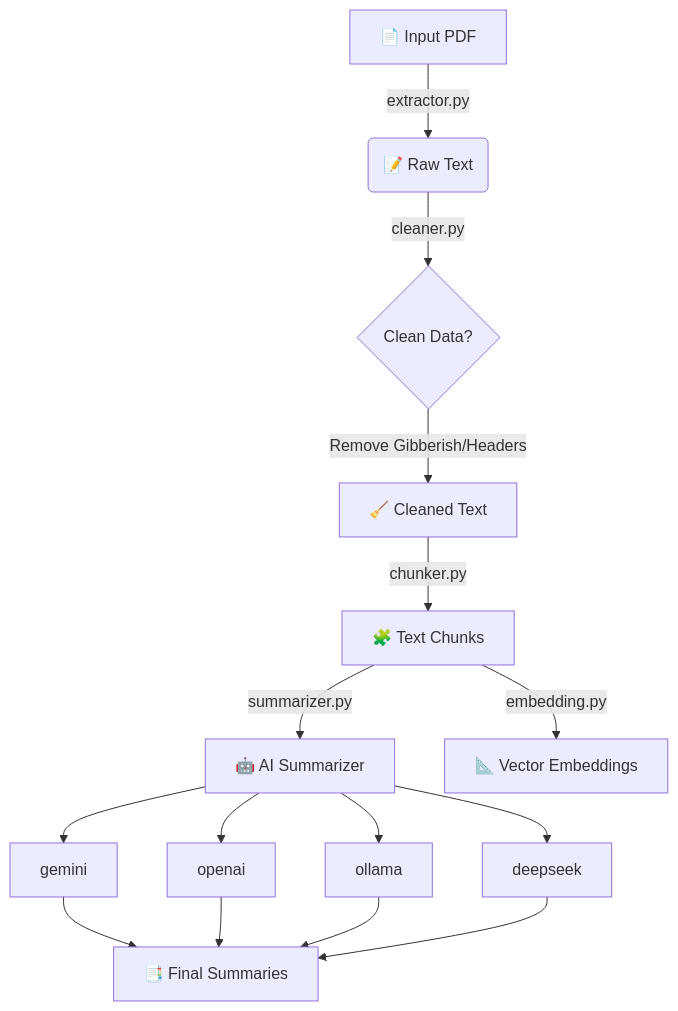
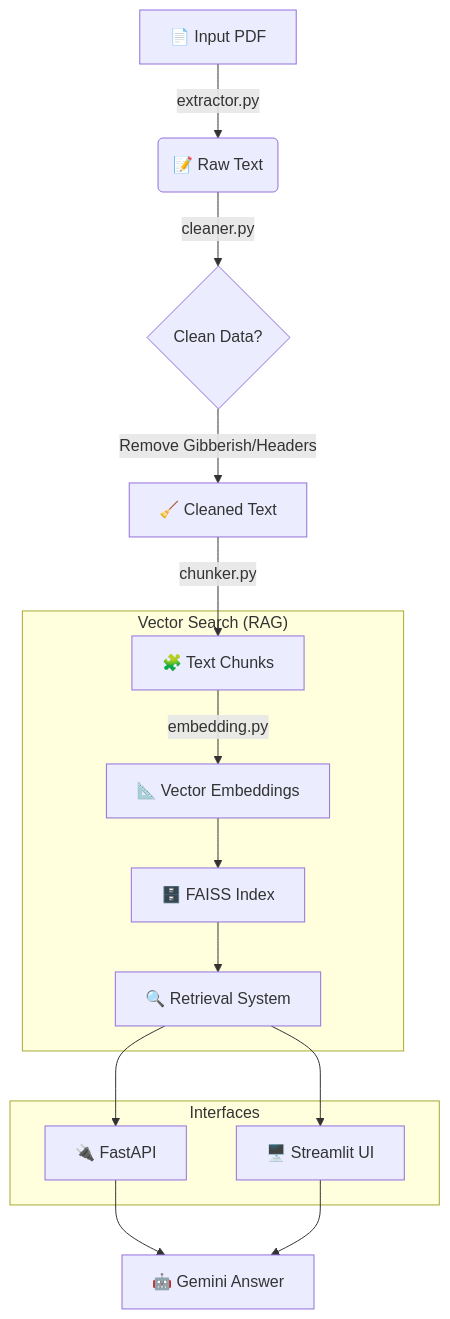
One commit to hk2166/RAG_PDF_Summarizer changed the diagram in README.md. Above: the diagram before and after it, drawn with Mermaid. The commit also changed other lines of this file and 10457 other files, not shown here.

````diff
--- a/README.md
+++ b/README.md
@@ -69,17 +78,20 @@
 ```mermaid
 graph TD
     A[📄 Input PDF] -->|extractor.py| B(📝 Raw Text)
     B -->|cleaner.py| C{Clean Data?}
     C -->|Remove Gibberish/Headers| D[🧹 Cleaned Text]
     D -->|chunker.py| E[🧩 Text Chunks]
 
-    E -->|summarizer.py| F[🤖 AI Summarizer]
-    F --> G[gemini]
-    F --> H[openai]
-    F --> I[ollama]
-    F --> J[deepseek]
+    subgraph "Vector Search (RAG)"
+    E -->|embedding.py| K[📐 Vector Embeddings]
+    K --> M[🗄️ FAISS Index]
+    M --> N[🔍 Retrieval System]
+    end
 
-    E -->|embedding.py| K[📐 Vector Embeddings]
+    subgraph "Interfaces"
+    N --> P[🖥️ Streamlit UI]
+    N --> Q[🔌 FastAPI]
+    end
 
-    G & H & I & J --> L[📑 Final Summaries]
+    Q & P --> R[🤖 Gemini Answer]
 ```
````
